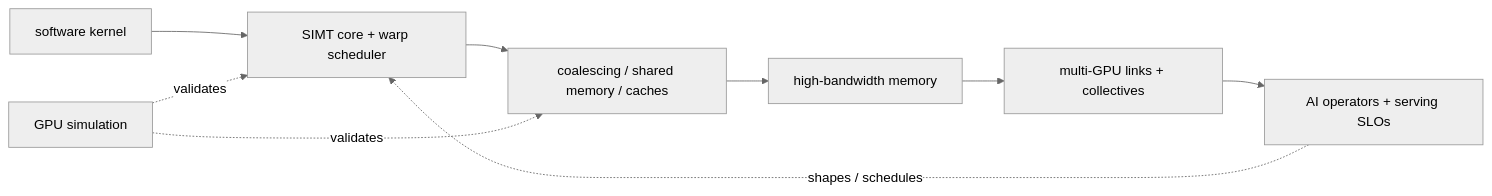
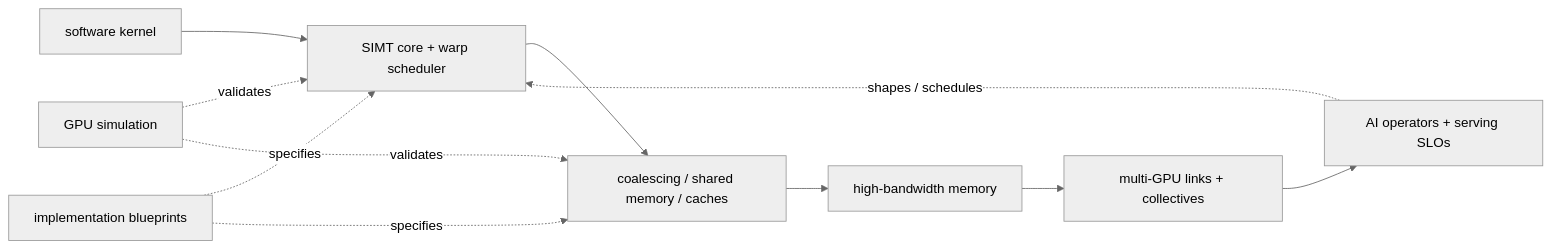
One commit to Wty2003328/silicon-design-notebook changed the diagram in 01_Architecture_and_PPA/02_GPU_Architecture/00_Index.md. Above: the diagram before and after it, drawn with Mermaid (neutral theme). The commit also changed other lines of this file and 24 other files, not shown here.

Commit message:
Add implementation-reconstructable architecture blueprints

```diff
--- a/01_Architecture_and_PPA/02_GPU_Architecture/00_Index.md
+++ b/01_Architecture_and_PPA/02_GPU_Architecture/00_Index.md
@@ -9,11 +9,13 @@
 ~~~mermaid
 flowchart LR
     Kernel["software kernel"] --> Core["SIMT core + warp scheduler"]
     Core --> Mem["coalescing / shared memory / caches"]
     Mem --> HBM["high-bandwidth memory"]
     HBM --> Scale["multi-GPU links + collectives"]
     Scale --> AI["AI operators + serving SLOs"]
     AI -. "shapes / schedules" .-> Core
     Sim["GPU simulation"] -. validates .-> Core
     Sim -. validates .-> Mem
+    Build["implementation blueprints"] -. specifies .-> Core
+    Build -. specifies .-> Mem
 ~~~
```
